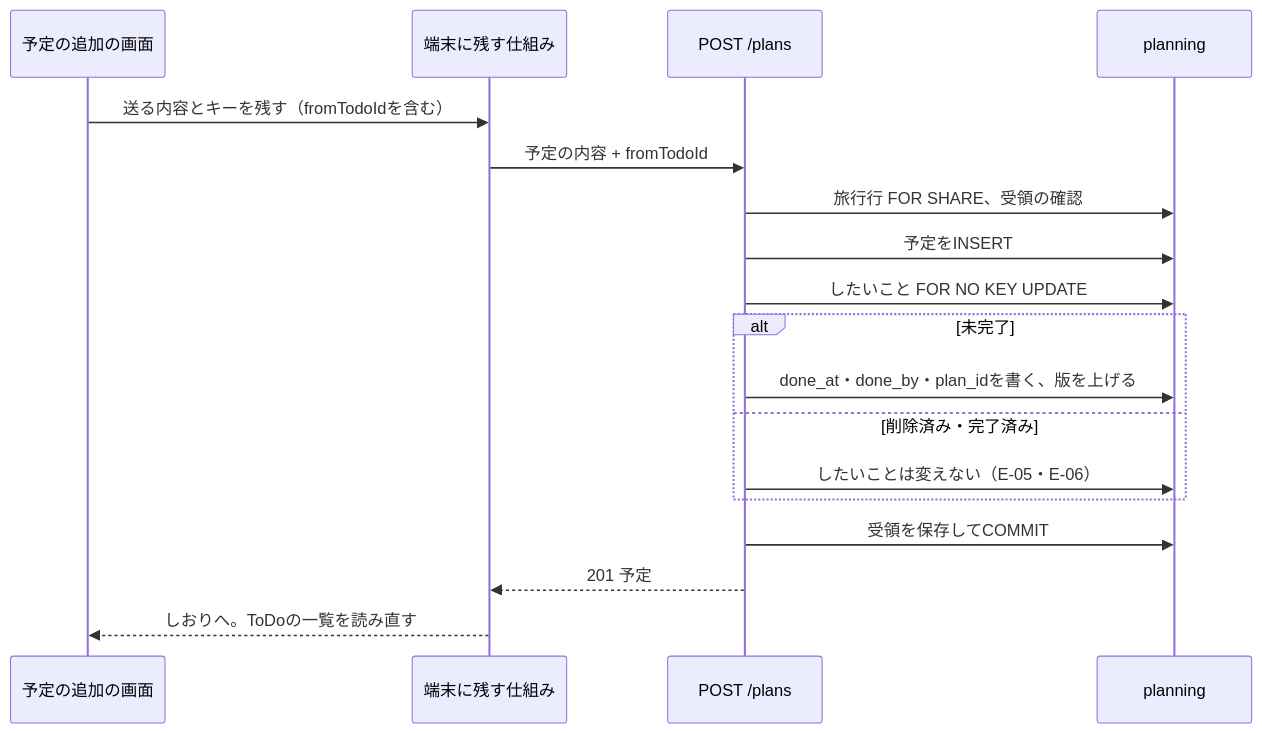
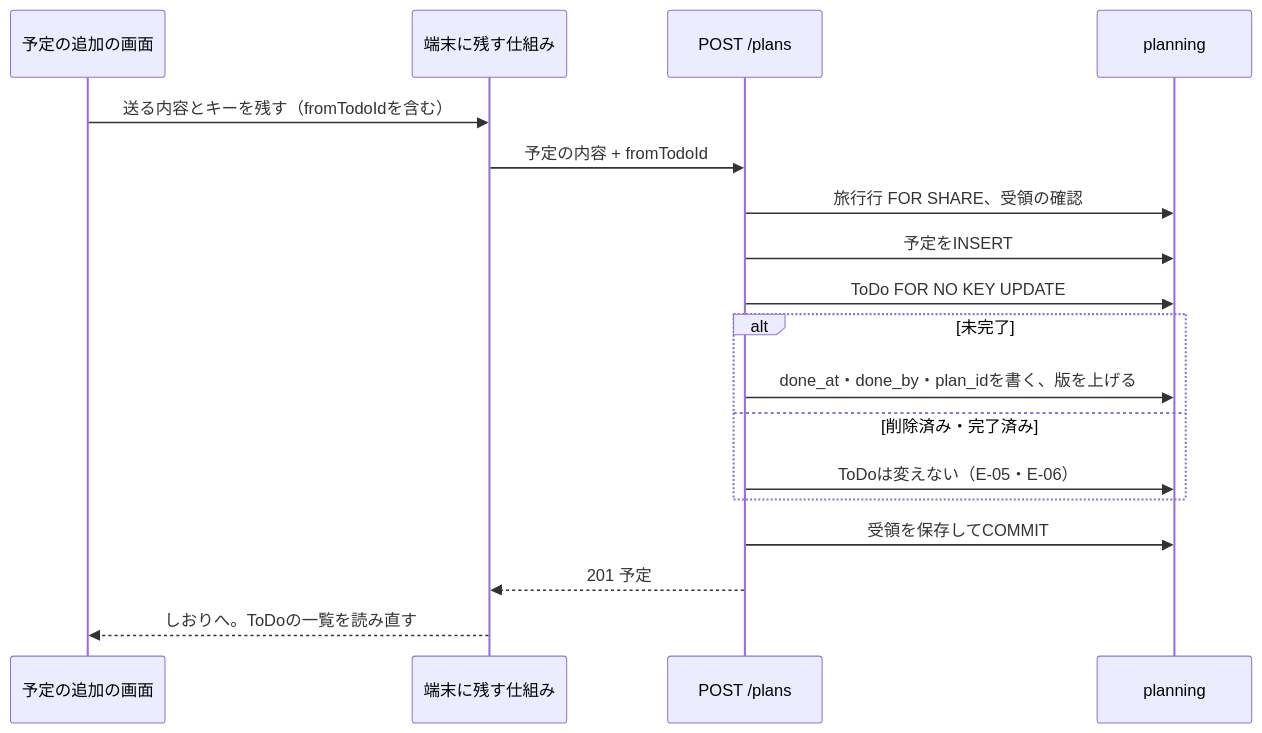
One commit to oze-xxbumpxx/Tomotabi changed the fourth of 4 diagrams in docs/designs/trip-todo.md. Above: the diagram before and after it, drawn with Mermaid. The commit also changed other lines of this file and 4 other files, not shown here.

````diff
--- a/docs/designs/trip-todo.md
+++ b/docs/designs/trip-todo.md
@@ -81,20 +81,20 @@
 ```mermaid
 sequenceDiagram
   participant W as 予定の追加の画面
   participant P as 端末に残す仕組み
   participant A as POST /plans
   participant DB as planning
   W->>P: 送る内容とキーを残す（fromTodoIdを含む）
   P->>A: 予定の内容 + fromTodoId
   A->>DB: 旅行行 FOR SHARE、受領の確認
   A->>DB: 予定をINSERT
-  A->>DB: したいこと FOR NO KEY UPDATE
+  A->>DB: ToDo FOR NO KEY UPDATE
   alt 未完了
     A->>DB: done_at・done_by・plan_idを書く、版を上げる
   else 削除済み・完了済み
-    A->>DB: したいことは変えない（E-05・E-06）
+    A->>DB: ToDoは変えない（E-05・E-06）
   end
   A->>DB: 受領を保存してCOMMIT
   A-->>P: 201 予定
   P-->>W: しおりへ。ToDoの一覧を読み直す
 ```
````
